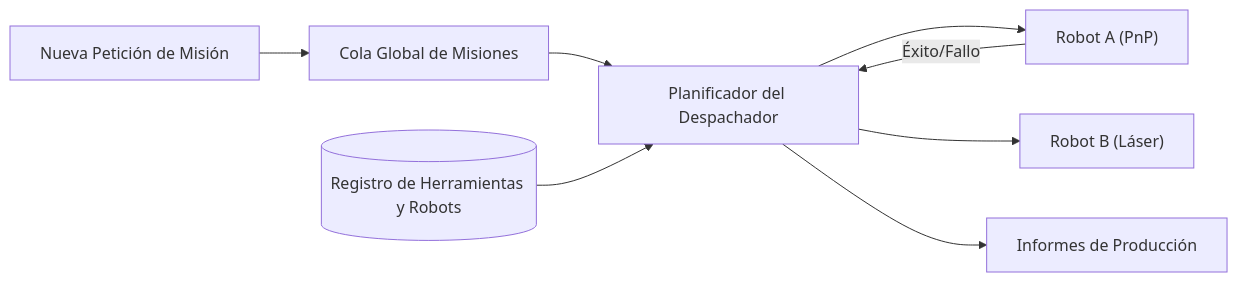
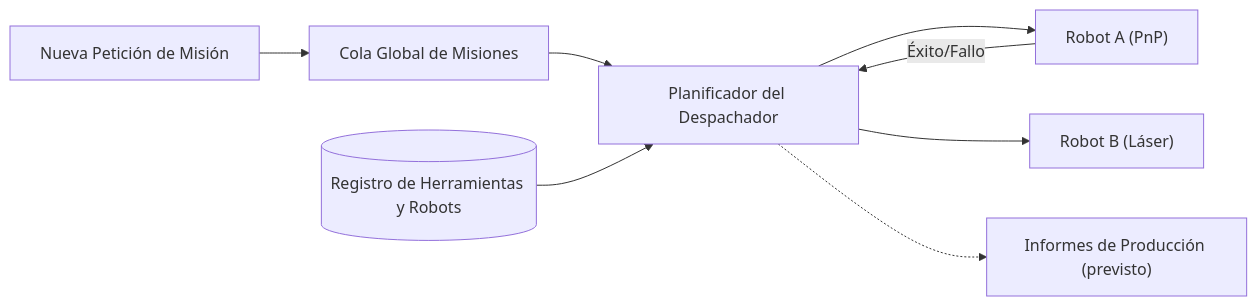
Before and after one commit to JuanenRac/HYDRA-UMC-JOB-DISPATCHER: the diagram in README_spa.md, drawn with Mermaid. The commit also changed other lines of this file and 20 other files, not shown here.

````diff
--- a/README_spa.md
+++ b/README_spa.md
@@ -41,10 +41,10 @@
 ```mermaid
 flowchart LR
     REQ["Nueva Petición de Misión"] --> Q["Cola Global de Misiones"]
     Q --> SCHED["Planificador del Despachador"]
     DB[("Registro de Herramientas y Robots")] --> SCHED
     SCHED --> R1["Robot A (PnP)"]
     SCHED --> R2["Robot B (Láser)"]
     R1 -- Éxito/Fallo --> SCHED
-    SCHED --> LOG["Informes de Producción"]
+    SCHED -.-> LOG["Informes de Producción (previsto)"]
 ```
````
